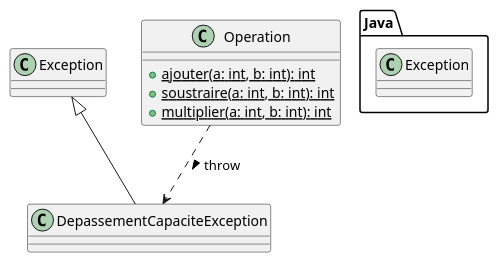
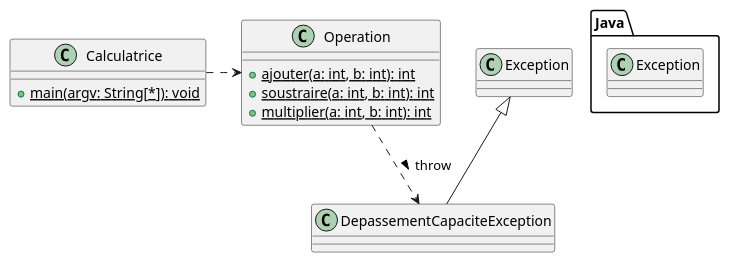
One commit to jponcy/java_eni_example changed the diagram in doc/tp_exceptions.iuml. Above: the diagram before and after it, drawn with PlantUML. The commit also changed other lines of this file and 5 other files, not shown here.

```diff
--- a/doc/tp_exceptions.iuml
+++ b/doc/tp_exceptions.iuml
@@ -1,15 +1,20 @@
 @startuml TP_exception
 package Java {
     class Exception
 }
 
 class DepassementCapaciteException extends Exception
 
 class Operation {
     {static}+ajouter(a: int, b: int): int
     {static}+soustraire(a: int, b: int): int
     {static}+multiplier(a: int, b: int): int
 }
 
+class Calculatrice {
+    {static}+main(argv: String[*]): void
+}
+
 Operation ..> DepassementCapaciteException: throw >
+Calculatrice .> Operation
 @enduml
```
